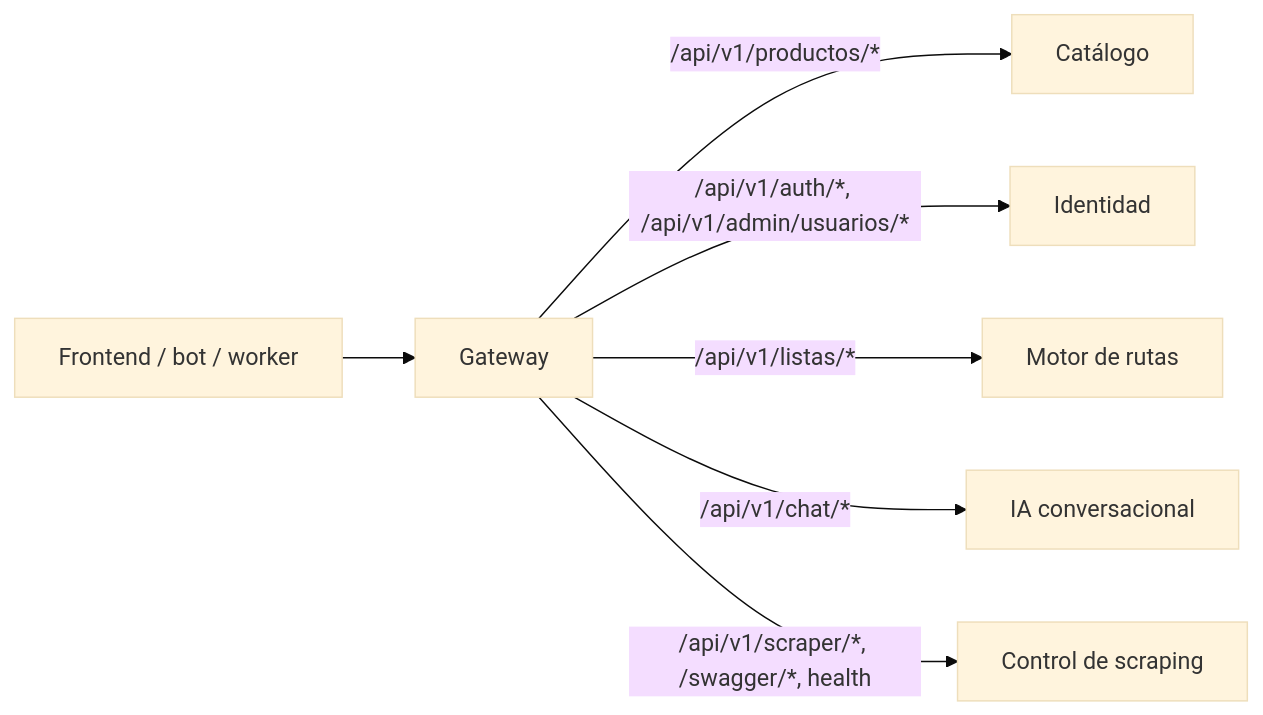
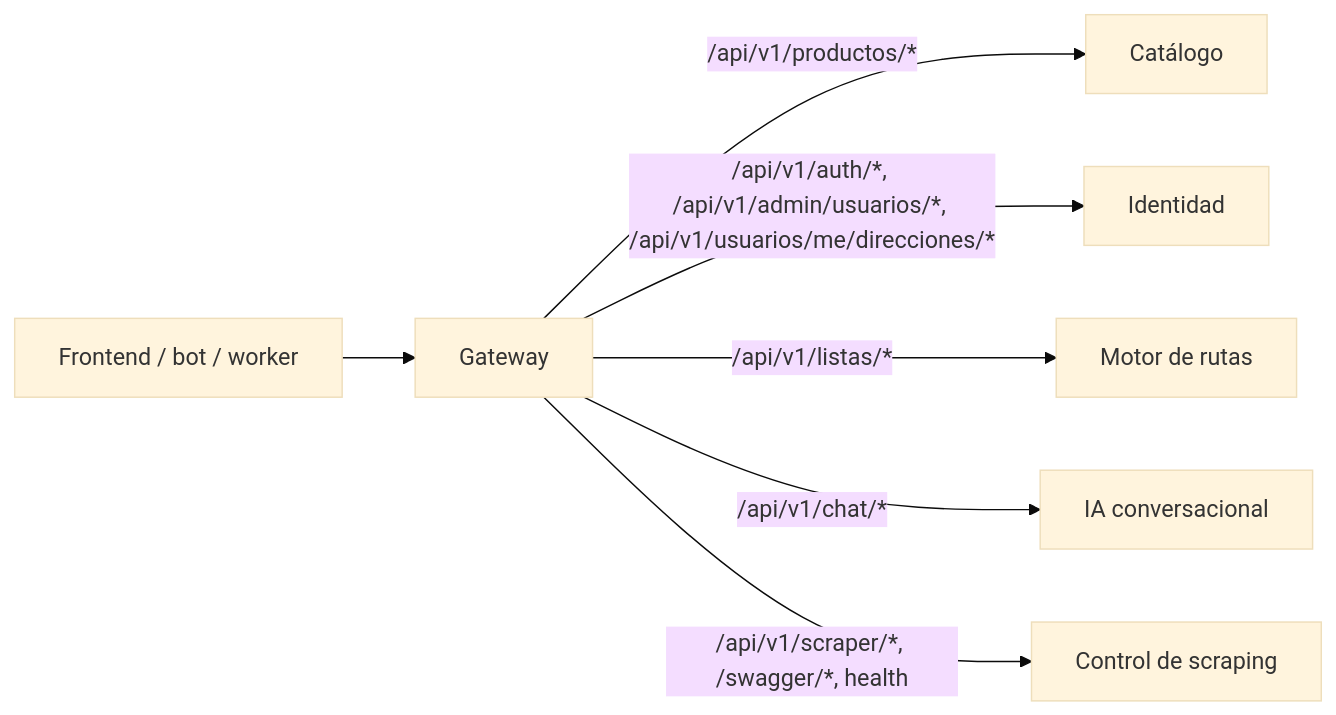
The diagram in backend/gateway/README.md (RutaAhorro/Taller_integracion_III), drawn with Mermaid (base theme) before and after one commit. The commit also changed other lines of this file and 26 other files, not shown here.

First line of the commit message:
feat(identidad): CRUD de direcciones del usuario (SUP-239)

````diff
--- a/backend/gateway/README.md
+++ b/backend/gateway/README.md
@@ -9,9 +9,9 @@
 ```mermaid
 flowchart LR
     Clientes[Frontend / bot / worker] --> Gateway
     Gateway -->|/api/v1/productos/*| Catalogo[Catálogo]
-    Gateway -->|/api/v1/auth/*, /api/v1/admin/usuarios/*| Identidad[Identidad]
+    Gateway -->|/api/v1/auth/*, /api/v1/admin/usuarios/*, /api/v1/usuarios/me/direcciones/*| Identidad[Identidad]
     Gateway -->|/api/v1/listas/*| Rutas[Motor de rutas]
     Gateway -->|/api/v1/chat/*| IA[IA conversacional]
     Gateway -->|/api/v1/scraper/*, /swagger/*, health| Control[Control de scraping]
 ```
````
